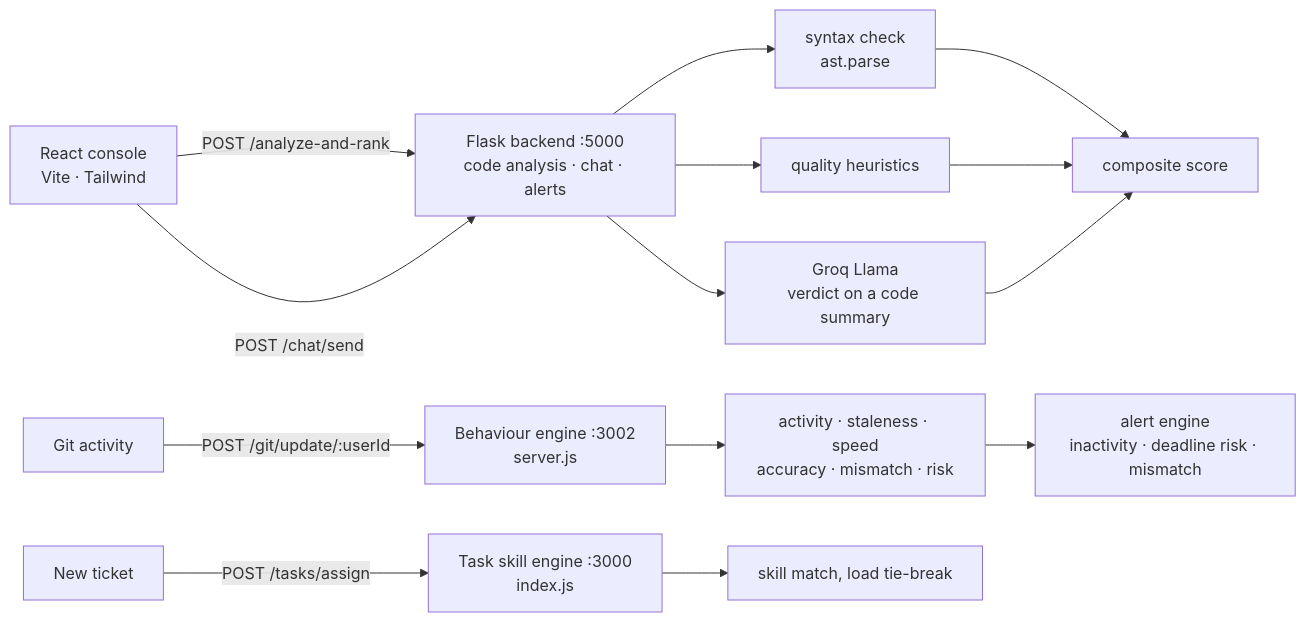
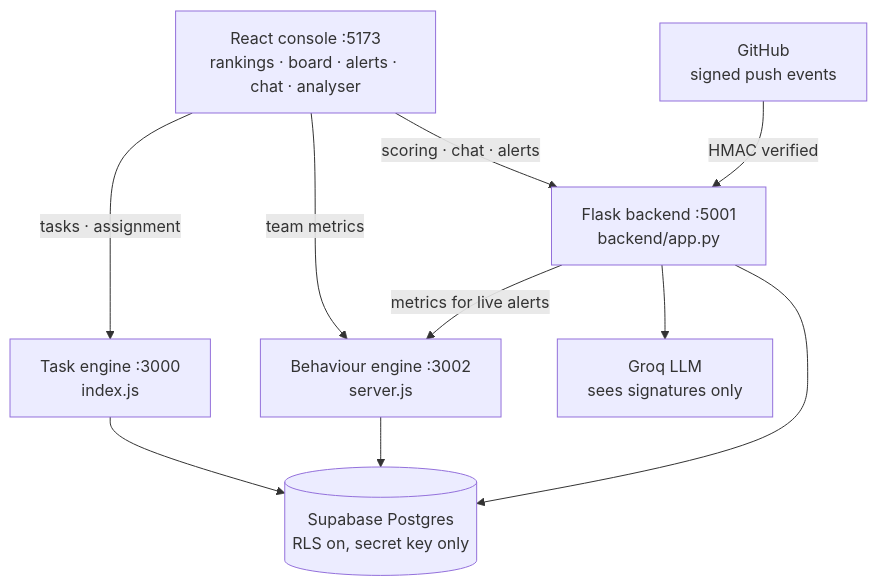
One commit to akshatkotecha/sentinel changed the diagram in README.md. Above: the diagram before and after it, drawn with Mermaid. The commit also changed other lines of this file and 27 other files, not shown here.

First line of the commit message:
Move state to Supabase and connect the console to real data (#2)

````diff
--- a/README.md
+++ b/README.md
@@ -25,21 +36,16 @@
 ```mermaid
-flowchart LR
-    UI["React console<br/>Vite · Tailwind"]
+flowchart TD
+    UI["React console :5173<br/>rankings · board · alerts · chat · analyser"]
+    GH["GitHub<br/>signed push events"]
 
-    UI -->|"POST /analyze-and-rank"| F["Flask backend :5000<br/>code analysis · chat · alerts"]
-    UI -->|"POST /chat/send"| F
+    UI -->|"tasks · assignment"| T["Task engine :3000<br/>index.js"]
+    UI -->|"team metrics"| B["Behaviour engine :3002<br/>server.js"]
+    UI -->|"scoring · chat · alerts"| F["Flask backend :5001<br/>backend/app.py"]
+    GH -->|"HMAC verified"| F
+    F -->|"metrics for live alerts"| B
 
-    F --> SC["syntax check<br/>ast.parse"]
-    F --> QC["quality heuristics"]
-    F --> LLM["Groq Llama<br/>verdict on a code summary"]
-    SC --> SCORE["composite score"]
-    QC --> SCORE
-    LLM --> SCORE
-
-    G["Git activity"] -->|"POST /git/update/:userId"| B["Behaviour engine :3002<br/>server.js"]
-    B --> M["activity · staleness · speed<br/>accuracy · mismatch · risk"]
-    M --> AL["alert engine<br/>inactivity · deadline risk · mismatch"]
-
-    T["New ticket"] -->|"POST /tasks/assign"| TA["Task skill engine :3000<br/>index.js"]
-    TA --> ASG["skill match, load tie-break"]
+    T --> DB[("Supabase Postgres<br/>RLS on, secret key only")]
+    B --> DB
+    F --> DB
+    F --> LLM["Groq LLM<br/>sees signatures only"]
 ```
````
